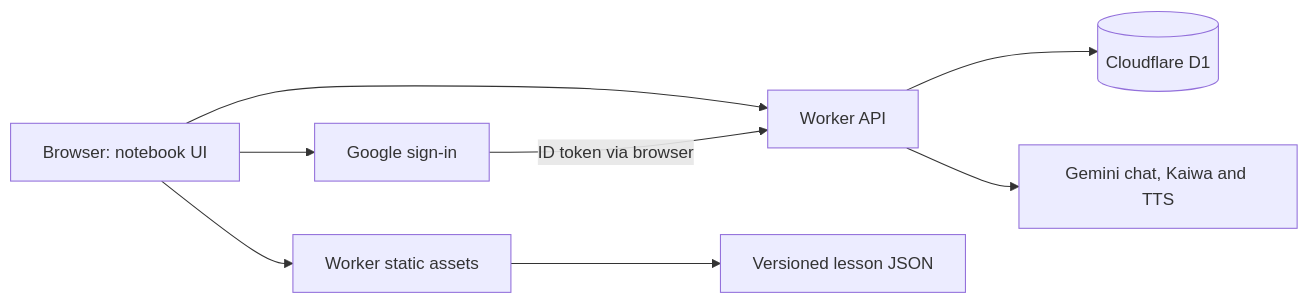
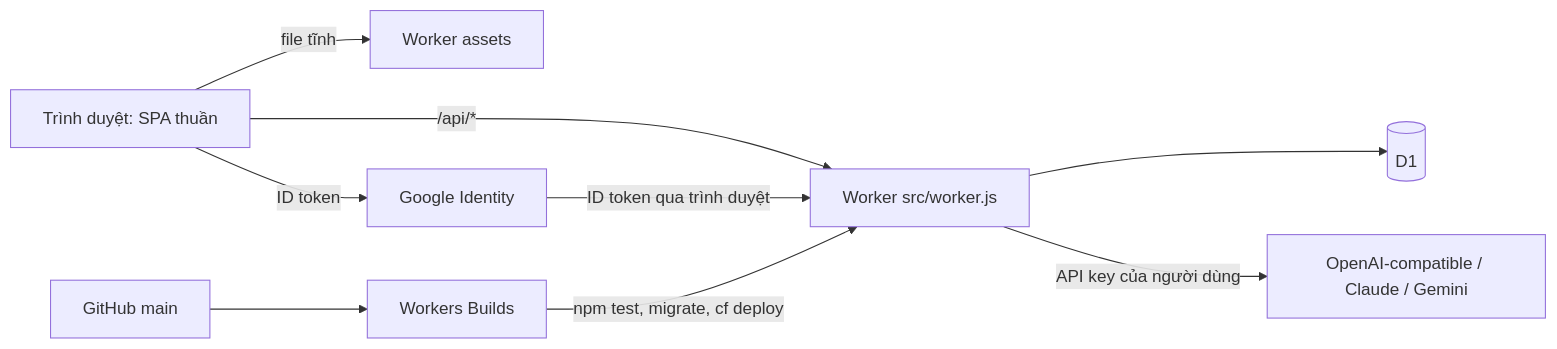
Before and after one commit to silent9669/VJ_BOT: the diagram in docs/ARCHITECTURE.md, drawn with Mermaid. The commit also changed other lines of this file and 8 other files, not shown here.

Commit message:
docs: rewrite architecture, API, features, deployment and contributing; add roadmap, drop handoff

````diff
--- a/docs/ARCHITECTURE.md
+++ b/docs/ARCHITECTURE.md
@@ -5,10 +5,11 @@
 ```mermaid
 flowchart LR
-  B[Browser: notebook UI] --> A[Worker static assets]
-  B --> W[Worker API]
-  B --> G[Google sign-in]
-  G -->|ID token via browser| W
-  W --> D[(Cloudflare D1)]
-  W --> M[Gemini chat, Kaiwa and TTS]
-  A --> J[Versioned lesson JSON]
+  B[Trình duyệt: SPA thuần] -->|file tĩnh| A[Worker assets]
+  B -->|/api/*| W[Worker src/worker.js]
+  B -->|ID token| G[Google Identity]
+  G -->|ID token qua trình duyệt| W
+  W --> D[(D1)]
+  W -->|API key của người dùng| P[OpenAI-compatible / Claude / Gemini]
+  GH[GitHub main] --> WB[Workers Builds]
+  WB -->|npm test, migrate, cf deploy| W
 ```
````
